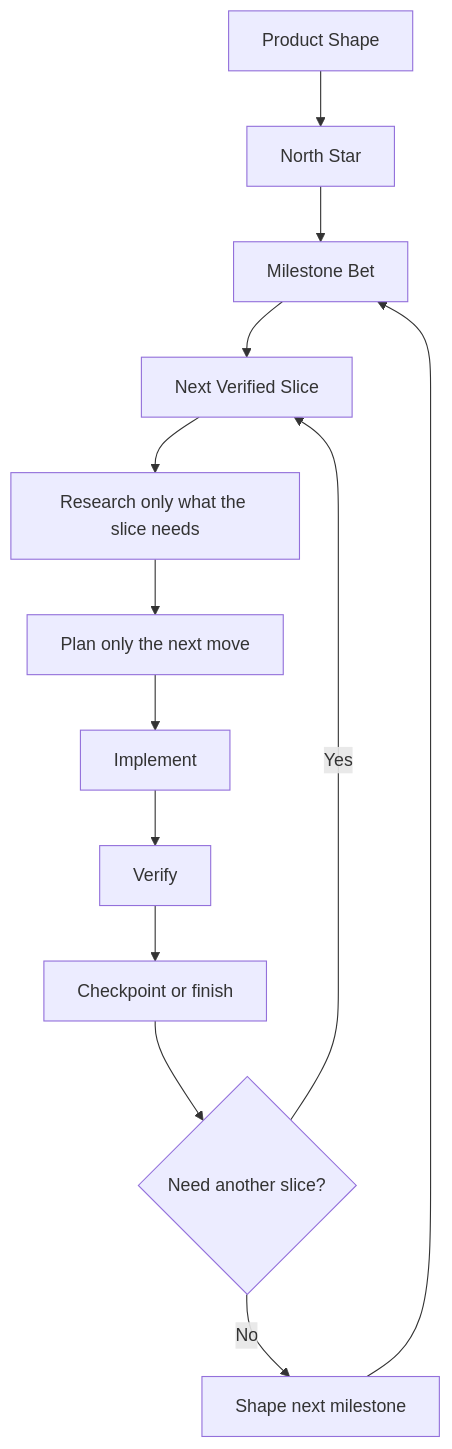
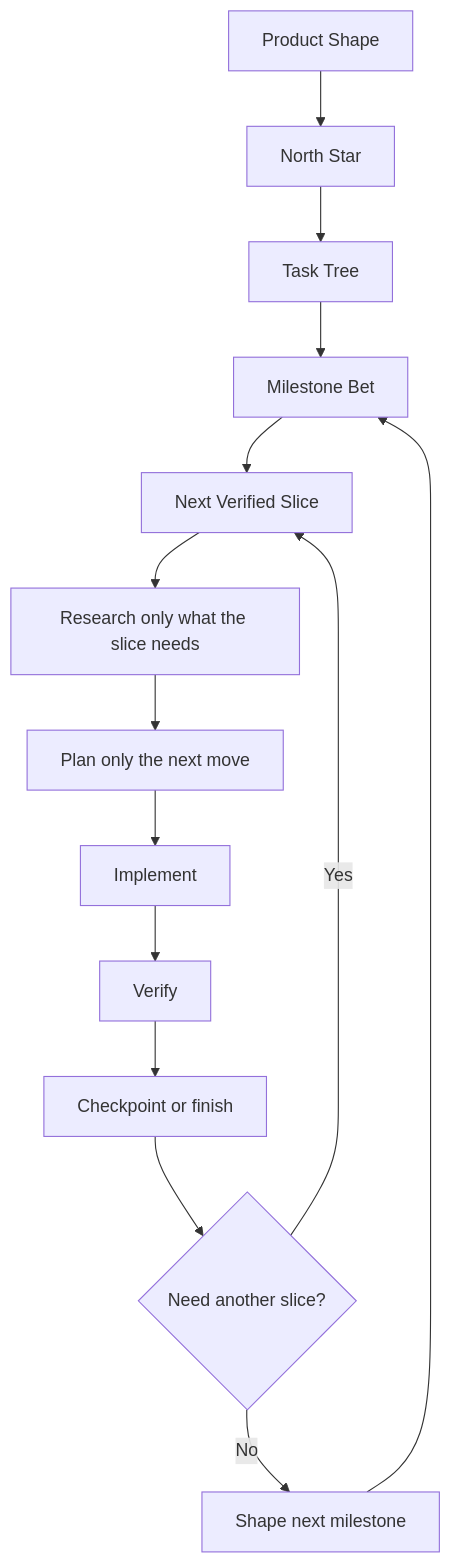
One commit to B67687/agentic-workflows changed the second of 2 diagrams in docs/fast-stable-delivery.md. Above: the diagram before and after it, drawn with Mermaid. The commit also changed other lines of this file and 16 other files, not shown here.

Commit message:
Add task tree decomposition

````diff
--- a/docs/fast-stable-delivery.md
+++ b/docs/fast-stable-delivery.md
@@ -75,15 +75,16 @@
 ```mermaid
 flowchart TD
     A["Product Shape"] --> B["North Star"]
-    B --> C["Milestone Bet"]
-    C --> D["Next Verified Slice"]
-    D --> E["Research only what the slice needs"]
-    E --> F["Plan only the next move"]
-    F --> G["Implement"]
-    G --> H["Verify"]
-    H --> I["Checkpoint or finish"]
-    I --> J{"Need another slice?"}
-    J -->|Yes| D
-    J -->|No| K["Shape next milestone"]
-    K --> C
+    B --> C["Task Tree"]
+    C --> D["Milestone Bet"]
+    D --> E["Next Verified Slice"]
+    E --> F["Research only what the slice needs"]
+    F --> G["Plan only the next move"]
+    G --> H["Implement"]
+    H --> I["Verify"]
+    I --> J["Checkpoint or finish"]
+    J --> K{"Need another slice?"}
+    K -->|Yes| E
+    K -->|No| L["Shape next milestone"]
+    L --> D
 ```
````
